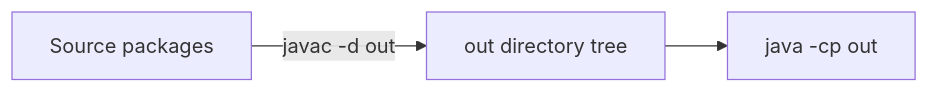
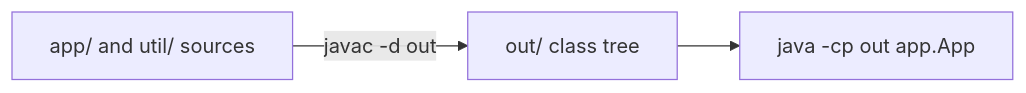
Before and after one commit to lostfromlight1/java-handbook: the diagram in 01-java-getting-started/05-project-structure-and-jshell.md, drawn with Mermaid. The commit also changed other lines of this file and 69 other files, not shown here.

````diff
--- a/01-java-getting-started/05-project-structure-and-jshell.md
+++ b/01-java-getting-started/05-project-structure-and-jshell.md
@@ -60,7 +92,7 @@
 ```mermaid
 flowchart LR
-  src[Source packages]
-  outdir[out directory tree]
-  jvm[java -cp out]
-  src -->|javac -d out| outdir --> jvm
+  src[app/ and util/ sources]
+  outdir[out/ class tree]
+  jvm["java -cp out app.App"]
+  src -->|"javac -d out"| outdir --> jvm
 ```
````
